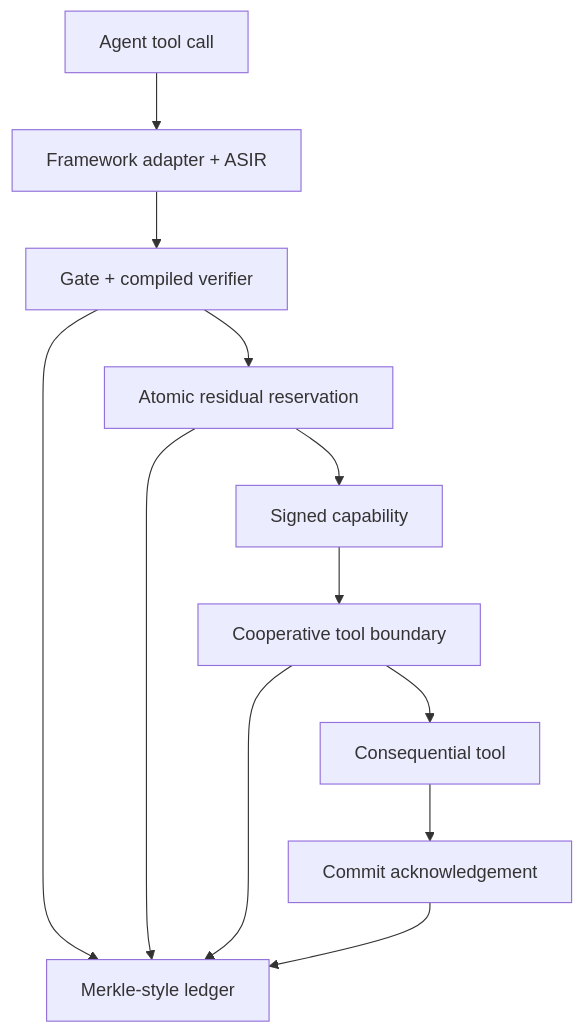
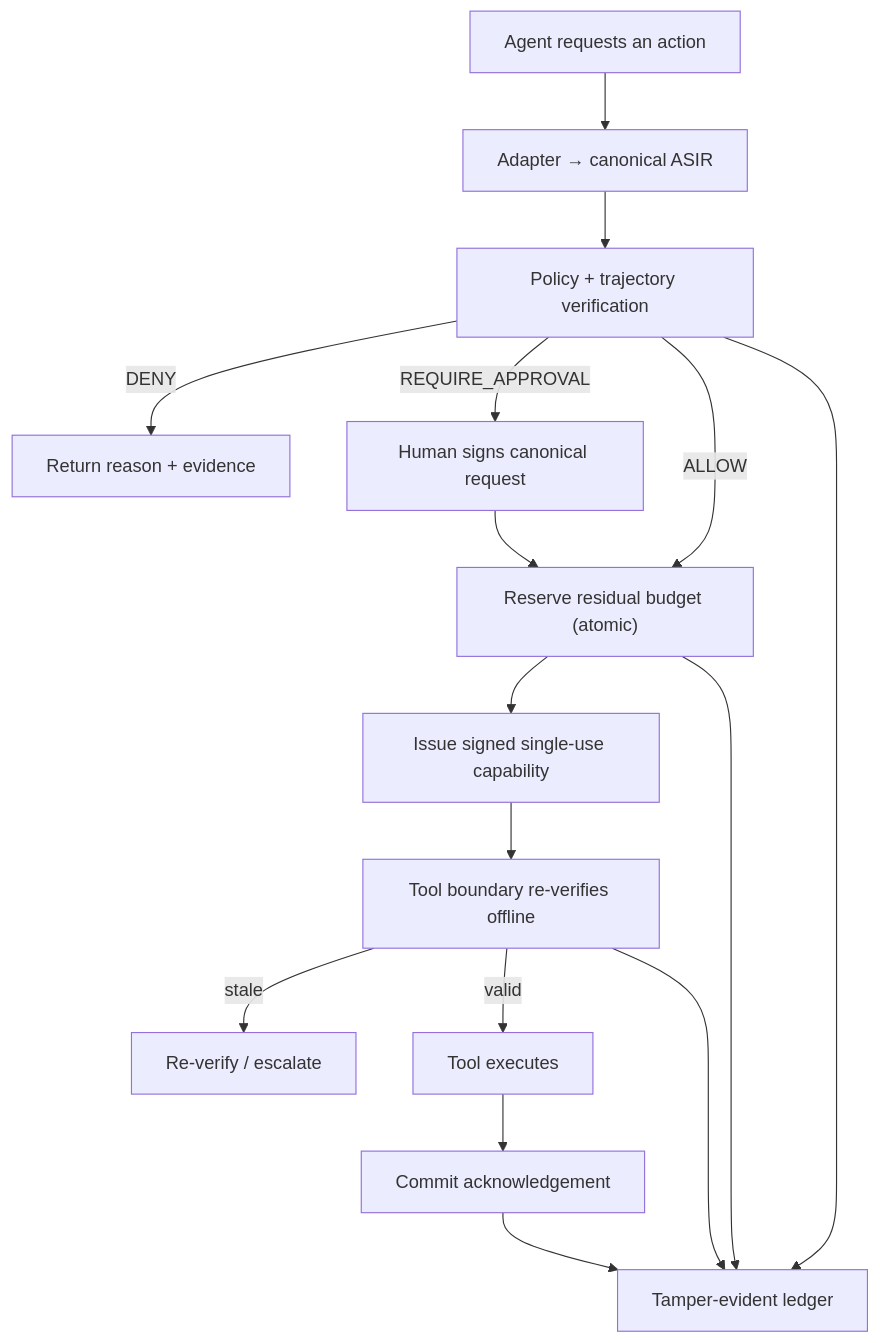
One commit to belemcrizan/Veritas changed the diagram in README.md. Above: the diagram before and after it, drawn with Mermaid. The commit also changed other lines of this file, not shown here.

````diff
--- a/README.md
+++ b/README.md
@@ -124,14 +271,18 @@
 ```mermaid
 flowchart TD
-    A["Agent tool call"] --> B["Framework adapter + ASIR"]
-    B --> C["Gate + compiled verifier"]
-    C --> D["Atomic residual reservation"]
-    D --> E["Signed capability"]
-    E --> F["Cooperative tool boundary"]
-    F --> G["Consequential tool"]
-    G --> H["Commit acknowledgement"]
-    C --> L["Merkle-style ledger"]
+    A["Agent requests an action"] --> B["Adapter → canonical ASIR"]
+    B --> C["Policy + trajectory verification"]
+    C -->|DENY| X["Return reason + evidence"]
+    C -->|REQUIRE_APPROVAL| H["Human signs canonical request"] --> D
+    C -->|ALLOW| D["Reserve residual budget (atomic)"]
+    D --> E["Issue signed single-use capability"]
+    E --> F["Tool boundary re-verifies offline"]
+    F -->|stale| R["Re-verify / escalate"]
+    F -->|valid| G["Tool executes"]
+    G --> K["Commit acknowledgement"]
+    C --> L["Tamper-evident ledger"]
     D --> L
     F --> L
-    H --> L
+    K --> L
+
 ```
````
